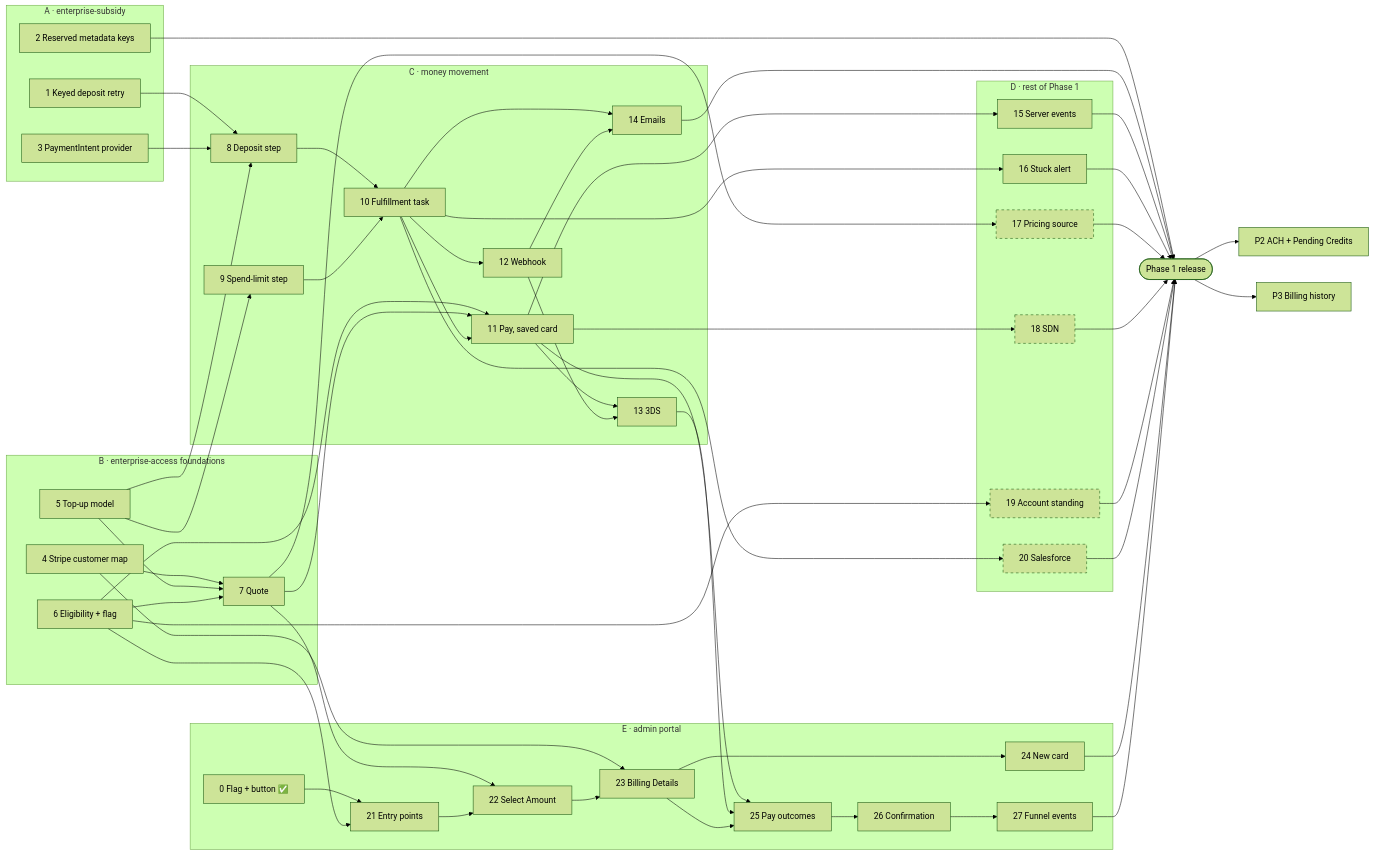
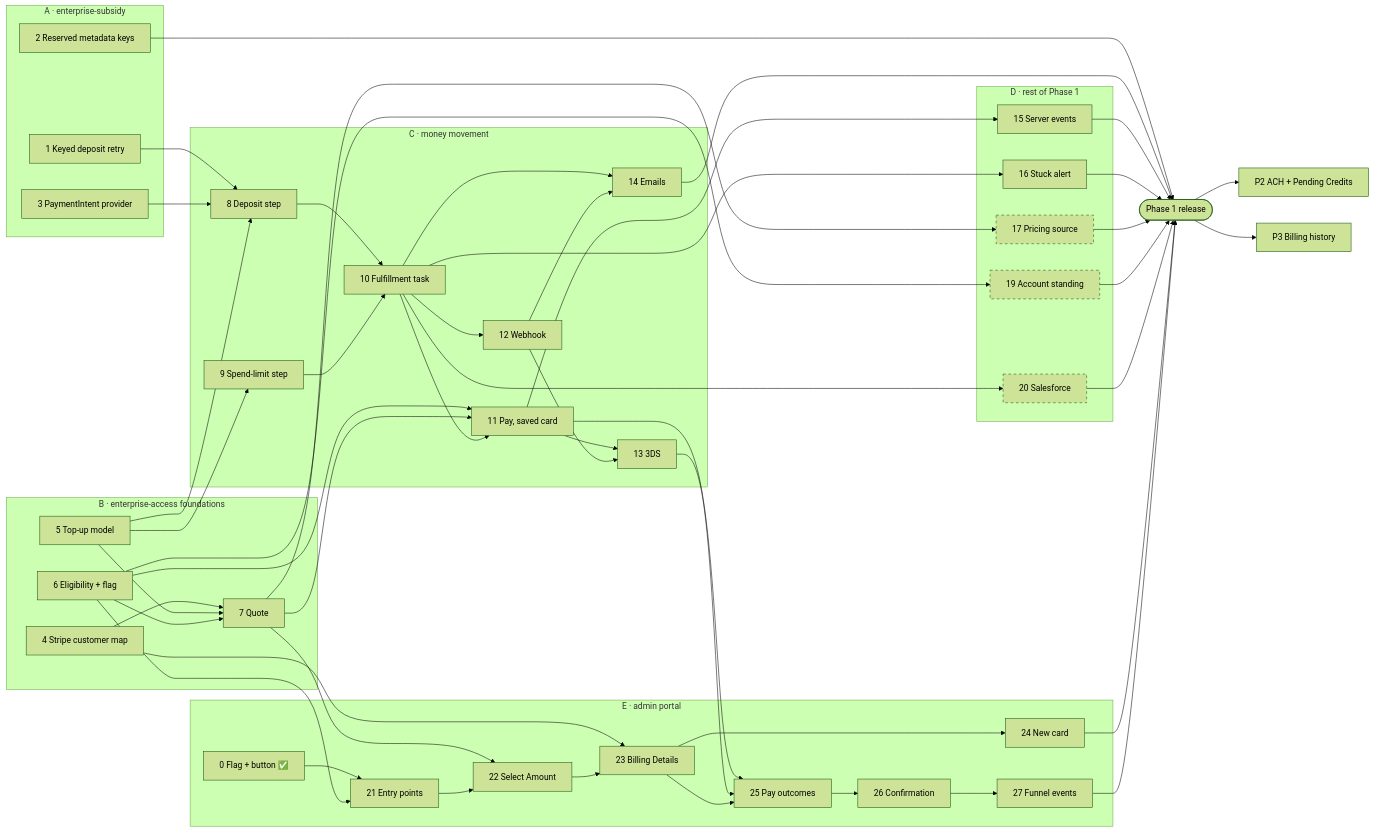
Before and after one commit to edx/enterprise-access: the third of 3 diagrams in docs/plans/impl-plan.md, drawn with Mermaid (forest theme). The commit also changed other lines of this file and 1 other file, not shown here.

````diff
--- a/docs/plans/impl-plan.md
+++ b/docs/plans/impl-plan.md
@@ -706,7 +736,6 @@
         C15[15 Server events]
         C16[16 Stuck alert]
         C17[17 Pricing source]
-        C18[18 SDN]
         C19[19 Account standing]
         C20[20 Salesforce]
     end
@@ -741,7 +770,6 @@
     C11 --> C15
     C10 --> C16
     C7 --> C17
-    C11 --> C18
     C6 --> C19
     C10 --> C20
     C0 --> C21
@@ -757,10 +785,10 @@
     C25 --> C26
     C26 --> C27
 
-    C2 & C14 & C15 & C16 & C17 & C18 & C19 & C20 & C24 & C27 --> RELEASE([Phase 1 release])
+    C2 & C14 & C15 & C16 & C17 & C19 & C20 & C24 & C27 --> RELEASE([Phase 1 release])
     RELEASE --> P2[P2 ACH + Pending Credits]
     RELEASE --> P3[P3 Billing history]
 
     classDef blocked stroke-dasharray: 5 5
-    class C17,C18,C19,C20 blocked
+    class C17,C19,C20 blocked
 ```
````
